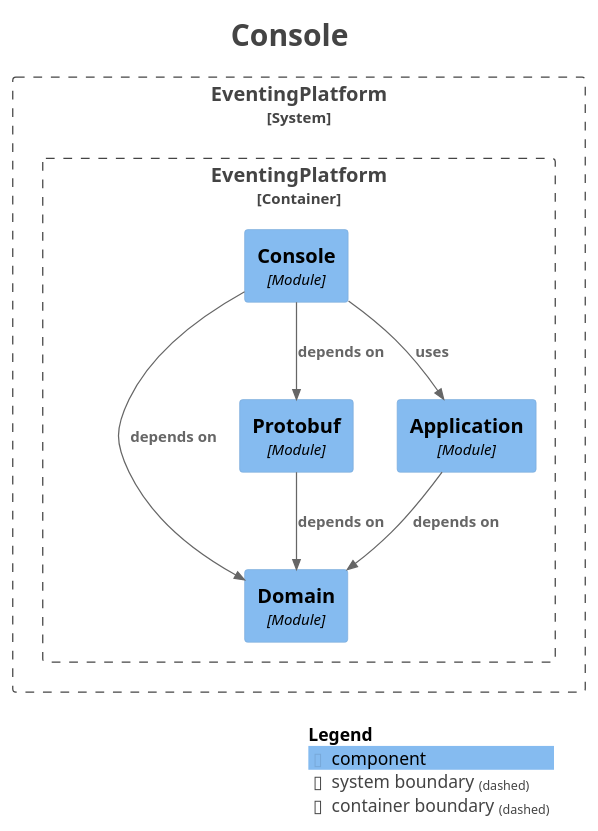
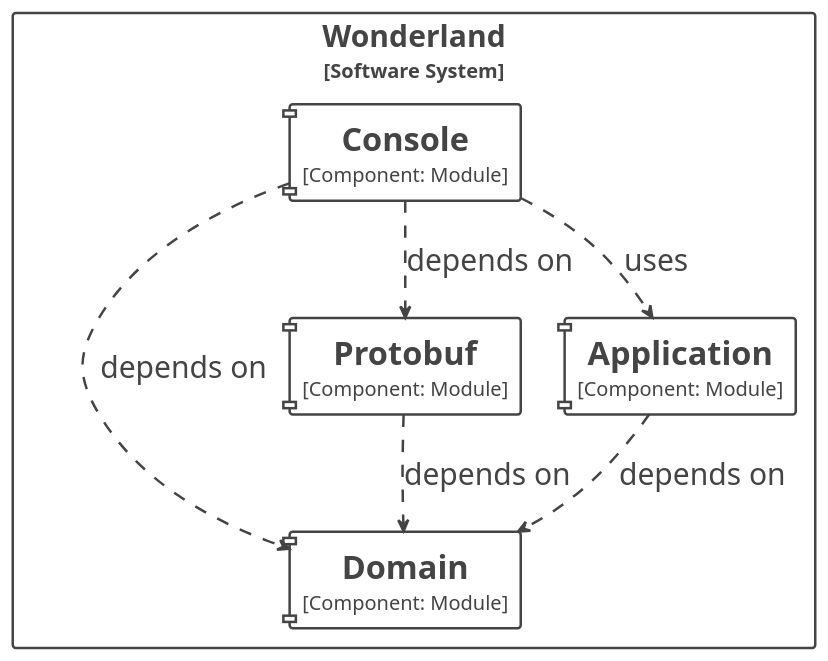
The diagram in docs/generated/architecture/plantuml/module-eventing.adapter.cli.console.puml (Mathmagicians/wonderland-eventing-playground), drawn with PlantUML before and after one commit. The commit also changed 434 other files, not shown here.

```diff
--- a/docs/generated/architecture/plantuml/module-eventing.adapter.cli.console.puml
+++ b/docs/generated/architecture/plantuml/module-eventing.adapter.cli.console.puml
@@ -1,36 +1,62 @@
 @startuml
-title <size:24>Console</size>
 
 set separator none
 top to bottom direction
+hide stereotype
+
+skinparam {
+  componentStyle uml1
+}
 
 <style>
   root {
-    BackgroundColor: #ffffff
-    FontColor: #444444
+    BackgroundColor: #ffffff;
+    FontColor: #444444;
+  }
+  // Element,Component
+  .Element-RWxlbWVudCxDb21wb25lbnQ= {
+    BackgroundColor: #ffffff;
+    LineColor: #444444;
+    LineStyle: 0;
+    LineThickness: 2;
+    FontColor: #444444;
+    FontSize: 24;
+    HorizontalAlignment: center;
+    Shadowing: 0;
+    MaximumWidth: 450;
+  }
+  // Relationship
+  .Relationship-UmVsYXRpb25zaGlw {
+    LineThickness: 2;
+    LineStyle: 10-10;
+    LineColor: #444444;
+    FontColor: #444444;
+    FontSize: 24;
+  }
+  // Wonderland
+  .Boundary-V29uZGVybGFuZA== {
+    BackgroundColor: #ffffff;
+    LineColor: #444444;
+    LineStyle: 0;
+    LineThickness: 2;
+    FontColor: #444444;
+    FontSize: 24;
+    HorizontalAlignment: center;
+    Shadowing: 0;
   }
 </style>
 
-!include <C4/C4>
-!include <C4/C4_Context>
-!include <C4/C4_Component>
-
-System_Boundary("EventingPlatform_boundary", "EventingPlatform", $tags="") {
-  Container_Boundary("EventingPlatform.EventingPlatform_boundary", "EventingPlatform", $tags="") {
-    Component(EventingPlatform.EventingPlatform.Domain, "Domain", $techn="Module", $descr="", $tags="", $link="")
-    Component(EventingPlatform.EventingPlatform.Protobuf, "Protobuf", $techn="Module", $descr="", $tags="", $link="")
-    Component(EventingPlatform.EventingPlatform.Application, "Application", $techn="Module", $descr="", $tags="", $link="")
-    Component(EventingPlatform.EventingPlatform.Console, "Console", $techn="Module", $descr="", $tags="", $link="")
-  }
-
+rectangle "Wonderland\n<size:16>[Software System]</size>" <<Boundary-V29uZGVybGFuZA==>> {
+  component "==Domain\n<size:16>[Component: Module]</size>" <<Element-RWxlbWVudCxDb21wb25lbnQ=>> as Wonderland.Wonderland.Domain
+  component "==Protobuf\n<size:16>[Component: Module]</size>" <<Element-RWxlbWVudCxDb21wb25lbnQ=>> as Wonderland.Wonderland.Protobuf
+  component "==Application\n<size:16>[Component: Module]</size>" <<Element-RWxlbWVudCxDb21wb25lbnQ=>> as Wonderland.Wonderland.Application
+  component "==Console\n<size:16>[Component: Module]</size>" <<Element-RWxlbWVudCxDb21wb25lbnQ=>> as Wonderland.Wonderland.Console
 }
 
-Rel(EventingPlatform.EventingPlatform.Protobuf, EventingPlatform.EventingPlatform.Domain, "depends on", $techn="", $tags="", $link="")
-Rel(EventingPlatform.EventingPlatform.Console, EventingPlatform.EventingPlatform.Protobuf, "depends on", $techn="", $tags="", $link="")
-Rel(EventingPlatform.EventingPlatform.Console, EventingPlatform.EventingPlatform.Domain, "depends on", $techn="", $tags="", $link="")
-Rel(EventingPlatform.EventingPlatform.Console, EventingPlatform.EventingPlatform.Application, "uses", $techn="", $tags="", $link="")
-Rel(EventingPlatform.EventingPlatform.Application, EventingPlatform.EventingPlatform.Domain, "depends on", $techn="", $tags="", $link="")
+Wonderland.Wonderland.Console --> Wonderland.Wonderland.Protobuf <<Relationship-UmVsYXRpb25zaGlw>> : "depends on"
+Wonderland.Wonderland.Console --> Wonderland.Wonderland.Domain <<Relationship-UmVsYXRpb25zaGlw>> : "depends on"
+Wonderland.Wonderland.Console --> Wonderland.Wonderland.Application <<Relationship-UmVsYXRpb25zaGlw>> : "uses"
+Wonderland.Wonderland.Application --> Wonderland.Wonderland.Domain <<Relationship-UmVsYXRpb25zaGlw>> : "depends on"
+Wonderland.Wonderland.Protobuf --> Wonderland.Wonderland.Domain <<Relationship-UmVsYXRpb25zaGlw>> : "depends on"
 
-SHOW_LEGEND(true)
-hide stereotypes
 @enduml
```
